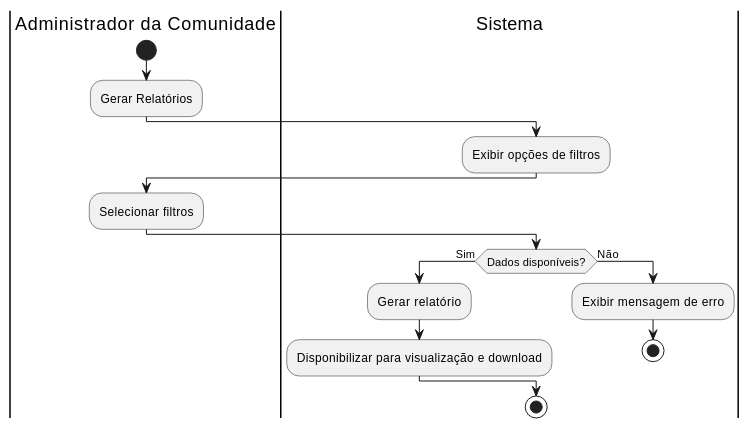
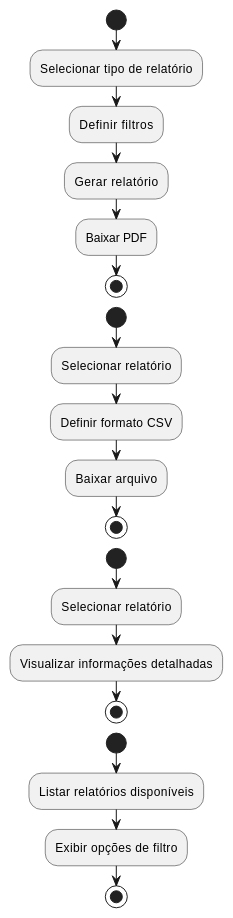
One commit to agu3des/CommunityLink changed the sixth of 16 diagrams in aps/specs/diagrama-de-atividades/uml_diagrama_atividades.md. Above: the diagram before and after it, drawn with PlantUML. The commit also changed other lines of this file and 28 other files, not shown here.

```diff
--- a/aps/specs/diagrama-de-atividades/uml_diagrama_atividades.md
+++ b/aps/specs/diagrama-de-atividades/uml_diagrama_atividades.md
@@ -89,18 +200,24 @@
 @startuml
-|Administrador da Comunidade|
 start
-:Gerar Relatórios;
-|Sistema|
-:Exibir opções de filtros;
-|Administrador da Comunidade|
-:Selecionar filtros;
-|Sistema|
-if (Dados disponíveis?) then (Sim)
-    :Gerar relatório;
-    :Disponibilizar para visualização e download;
-else (Não)
-    :Exibir mensagem de erro;
-    stop
-endif
+:Selecionar tipo de relatório;
+:Definir filtros;
+:Gerar relatório;
+:Baixar PDF;
+stop
+
+start
+:Selecionar relatório;
+:Definir formato CSV;
+:Baixar arquivo;
+stop
+
+start
+:Selecionar relatório;
+:Visualizar informações detalhadas;
+stop
+
+start
+:Listar relatórios disponíveis;
+:Exibir opções de filtro;
 stop
 @enduml
```
